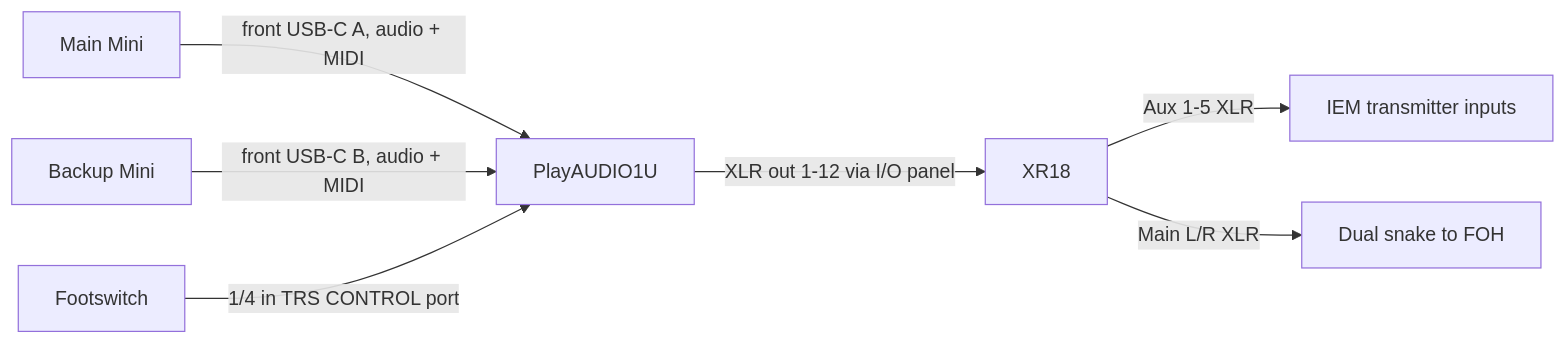
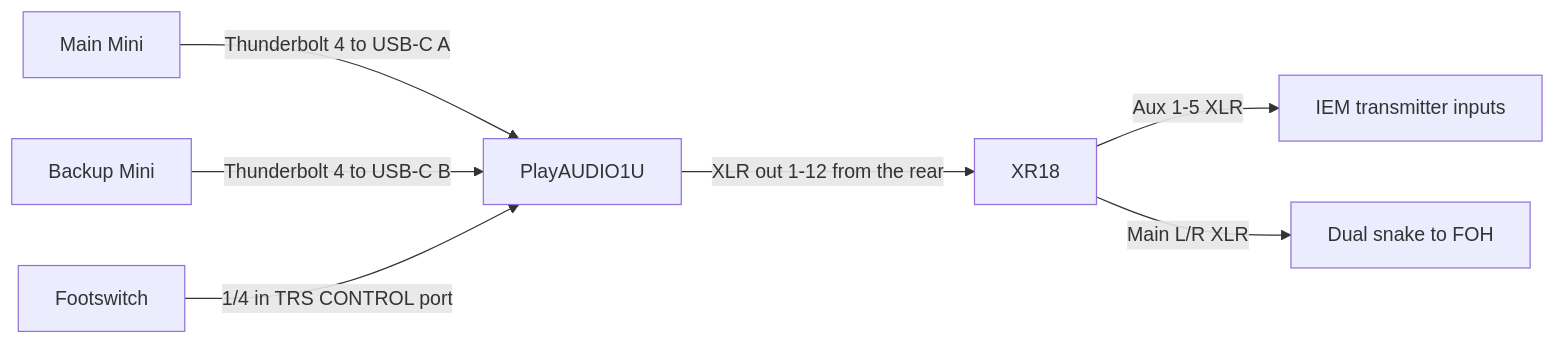
One commit to kemckai/efc-playback-rig changed the diagram in docs/cable-schedule.md. Above: the diagram before and after it, drawn with Mermaid. The commit also changed other lines of this file and 8 other files, not shown here.

````diff
--- a/docs/cable-schedule.md
+++ b/docs/cable-schedule.md
@@ -51,9 +54,9 @@
 ```mermaid
 flowchart LR
-  MM[Main Mini] -- "front USB-C A, audio + MIDI" --> PA[PlayAUDIO1U]
-  BM[Backup Mini] -- "front USB-C B, audio + MIDI" --> PA
-  PA -- "XLR out 1-12 via I/O panel" --> XR[XR18]
+  MM[Main Mini] -- "Thunderbolt 4 to USB-C A" --> PA[PlayAUDIO1U]
+  BM[Backup Mini] -- "Thunderbolt 4 to USB-C B" --> PA
+  PA -- "XLR out 1-12 from the rear" --> XR[XR18]
   XR -- "Aux 1-5 XLR" --> IEM[IEM transmitter inputs]
   XR -- "Main L/R XLR" --> SN[Dual snake to FOH]
   FS[Footswitch] -- "1/4 in TRS CONTROL port" --> PA
 ```
````
